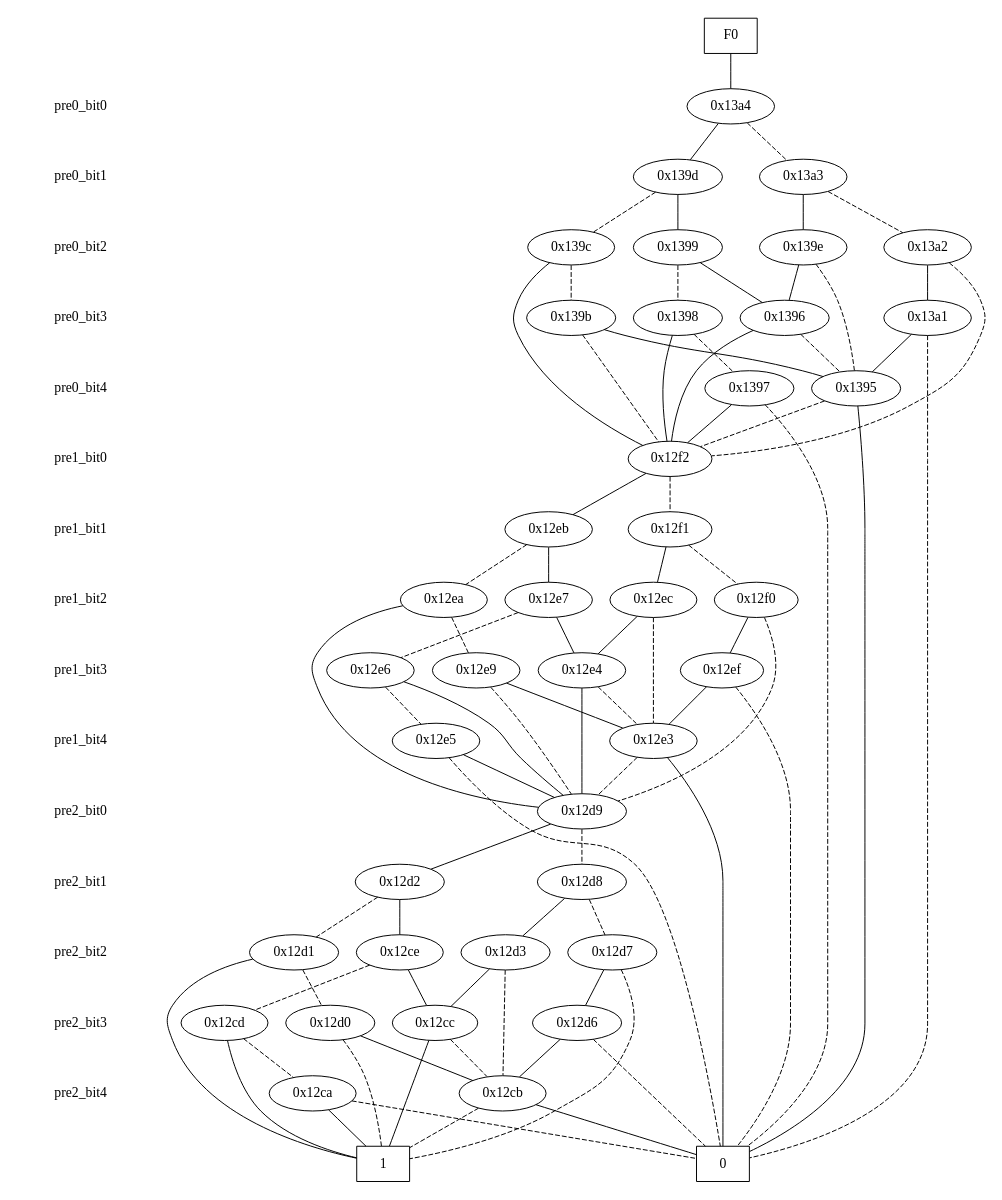
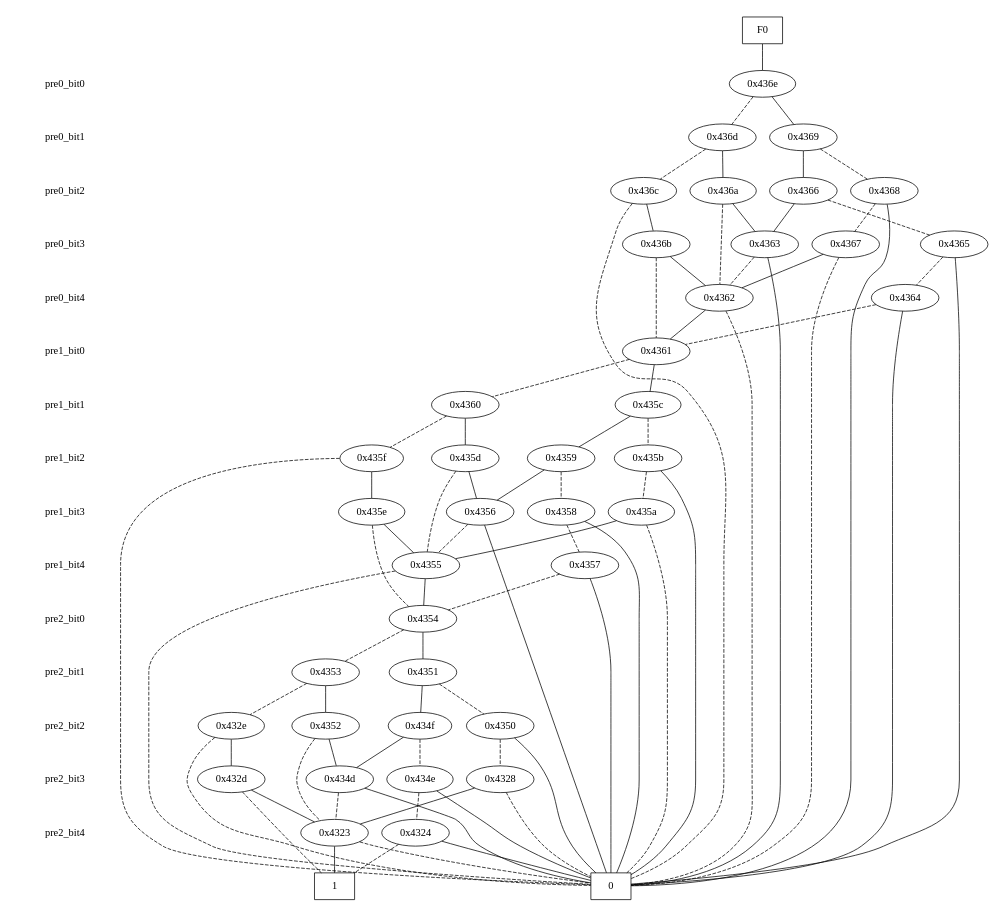
Before and after one commit to galvusdamor/downward-hm: the diagram in state_copy.dot, drawn with Graphviz. The commit also changed 11 other files, not shown here.

```diff
--- a/state_copy.dot
+++ b/state_copy.dot
@@ -1,167 +1,167 @@
 digraph "DD" {
 size = "7.5,10"
 center = true;
 edge [dir = none];
 { node [shape = plaintext];
   edge [style = invis];
   "CONST NODES" [style = invis];
 " pre0_bit0 " -> " pre0_bit1 " -> " pre0_bit2 " -> " pre0_bit3 " -> " pre0_bit4 " -> " pre1_bit0 " -> " pre1_bit1 " -> " pre1_bit2 " -> " pre1_bit3 " -> " pre1_bit4 " -> " pre2_bit0 " -> " pre2_bit1 " -> " pre2_bit2 " -> " pre2_bit3 " -> " pre2_bit4 " -> "CONST NODES"; 
 }
 { rank = same; node [shape = box]; edge [style = invis];
 "F0"; }
 { rank = same; " pre0_bit0 ";
-"0x13a4";
+"0x436e";
 }
 { rank = same; " pre0_bit1 ";
-"0x13a3";
-"0x139d";
+"0x4369";
+"0x436d";
 }
 { rank = same; " pre0_bit2 ";
-"0x13a2";
-"0x139c";
-"0x139e";
-"0x1399";
+"0x4366";
+"0x436c";
+"0x4368";
+"0x436a";
 }
 { rank = same; " pre0_bit3 ";
-"0x139b";
-"0x1396";
-"0x1398";
-"0x13a1";
+"0x436b";
+"0x4363";
+"0x4365";
+"0x4367";
 }
 { rank = same; " pre0_bit4 ";
-"0x1395";
-"0x1397";
+"0x4362";
+"0x4364";
 }
 { rank = same; " pre1_bit0 ";
-"0x12f2";
+"0x4361";
 }
 { rank = same; " pre1_bit1 ";
-"0x12f1";
-"0x12eb";
+"0x435c";
+"0x4360";
 }
 { rank = same; " pre1_bit2 ";
-"0x12ea";
-"0x12ec";
-"0x12e7";
-"0x12f0";
+"0x435d";
+"0x4359";
+"0x435b";
+"0x435f";
 }
 { rank = same; " pre1_bit3 ";
-"0x12e4";
-"0x12e6";
-"0x12ef";
-"0x12e9";
+"0x4356";
+"0x4358";
+"0x435a";
+"0x435e";
 }
 { rank = same; " pre1_bit4 ";
-"0x12e3";
-"0x12e5";
+"0x4357";
+"0x4355";
 }
 { rank = same; " pre2_bit0 ";
-"0x12d9";
+"0x4354";
 }
 { rank = same; " pre2_bit1 ";
-"0x12d2";
-"0x12d8";
+"0x4351";
+"0x4353";
 }
 { rank = same; " pre2_bit2 ";
-"0x12d1";
-"0x12d3";
-"0x12d7";
-"0x12ce";
+"0x432e";
+"0x434f";
+"0x4350";
+"0x4352";
 }
 { rank = same; " pre2_bit3 ";
-"0x12cd";
-"0x12cc";
-"0x12d0";
-"0x12d6";
+"0x432d";
+"0x4328";
+"0x434d";
+"0x434e";
 }
 { rank = same; " pre2_bit4 ";
-"0x12ca";
-"0x12cb";
+"0x4323";
+"0x4324";
 }
 { rank = same; "CONST NODES";
-{ node [shape = box]; "0xefa";
-"0xef9";
+{ node [shape = box]; "0x3ffa";
+"0x3ff9";
 }
 }
-"F0" -> "0x13a4" [style = solid];
-"0x13a4" -> "0x139d";
-"0x13a4" -> "0x13a3" [style = dashed];
-"0x13a3" -> "0x139e";
-"0x13a3" -> "0x13a2" [style = dashed];
-"0x139d" -> "0x1399";
-"0x139d" -> "0x139c" [style = dashed];
-"0x13a2" -> "0x13a1";
-"0x13a2" -> "0x12f2" [style = dashed];
-"0x139c" -> "0x12f2";
-"0x139c" -> "0x139b" [style = dashed];
-"0x139e" -> "0x1396";
-"0x139e" -> "0x1395" [style = dashed];
-"0x1399" -> "0x1396";
-"0x1399" -> "0x1398" [style = dashed];
-"0x139b" -> "0x1395";
-"0x139b" -> "0x12f2" [style = dashed];
-"0x1396" -> "0x12f2";
-"0x1396" -> "0x1395" [style = dashed];
-"0x1398" -> "0x12f2";
-"0x1398" -> "0x1397" [style = dashed];
-"0x13a1" -> "0x1395";
-"0x13a1" -> "0xefa" [style = dashed];
-"0x1395" -> "0xefa";
-"0x1395" -> "0x12f2" [style = dashed];
-"0x1397" -> "0x12f2";
-"0x1397" -> "0xefa" [style = dashed];
-"0x12f2" -> "0x12eb";
-"0x12f2" -> "0x12f1" [style = dashed];
-"0x12f1" -> "0x12ec";
-"0x12f1" -> "0x12f0" [style = dashed];
-"0x12eb" -> "0x12e7";
-"0x12eb" -> "0x12ea" [style = dashed];
-"0x12ea" -> "0x12d9";
-"0x12ea" -> "0x12e9" [style = dashed];
-"0x12ec" -> "0x12e4";
-"0x12ec" -> "0x12e3" [style = dashed];
-"0x12e7" -> "0x12e4";
-"0x12e7" -> "0x12e6" [style = dashed];
-"0x12f0" -> "0x12ef";
-"0x12f0" -> "0x12d9" [style = dashed];
-"0x12e4" -> "0x12d9";
-"0x12e4" -> "0x12e3" [style = dashed];
-"0x12e6" -> "0x12d9";
-"0x12e6" -> "0x12e5" [style = dashed];
-"0x12ef" -> "0x12e3";
-"0x12ef" -> "0xefa" [style = dashed];
-"0x12e9" -> "0x12e3";
-"0x12e9" -> "0x12d9" [style = dashed];
-"0x12e3" -> "0xefa";
-"0x12e3" -> "0x12d9" [style = dashed];
-"0x12e5" -> "0x12d9";
-"0x12e5" -> "0xefa" [style = dashed];
-"0x12d9" -> "0x12d2";
-"0x12d9" -> "0x12d8" [style = dashed];
-"0x12d2" -> "0x12ce";
-"0x12d2" -> "0x12d1" [style = dashed];
-"0x12d8" -> "0x12d3";
-"0x12d8" -> "0x12d7" [style = dashed];
-"0x12d1" -> "0xef9";
-"0x12d1" -> "0x12d0" [style = dashed];
-"0x12d3" -> "0x12cc";
-"0x12d3" -> "0x12cb" [style = dashed];
-"0x12d7" -> "0x12d6";
-"0x12d7" -> "0xef9" [style = dashed];
-"0x12ce" -> "0x12cc";
-"0x12ce" -> "0x12cd" [style = dashed];
-"0x12cd" -> "0xef9";
-"0x12cd" -> "0x12ca" [style = dashed];
-"0x12cc" -> "0xef9";
-"0x12cc" -> "0x12cb" [style = dashed];
-"0x12d0" -> "0x12cb";
-"0x12d0" -> "0xef9" [style = dashed];
-"0x12d6" -> "0x12cb";
-"0x12d6" -> "0xefa" [style = dashed];
-"0x12ca" -> "0xef9";
-"0x12ca" -> "0xefa" [style = dashed];
-"0x12cb" -> "0xefa";
-"0x12cb" -> "0xef9" [style = dashed];
-"0xefa" [label = "0"];
-"0xef9" [label = "1"];
+"F0" -> "0x436e" [style = solid];
+"0x436e" -> "0x4369";
+"0x436e" -> "0x436d" [style = dashed];
+"0x4369" -> "0x4366";
+"0x4369" -> "0x4368" [style = dashed];
+"0x436d" -> "0x436a";
+"0x436d" -> "0x436c" [style = dashed];
+"0x4366" -> "0x4363";
+"0x4366" -> "0x4365" [style = dashed];
+"0x436c" -> "0x436b";
+"0x436c" -> "0x3ffa" [style = dashed];
+"0x4368" -> "0x3ffa";
+"0x4368" -> "0x4367" [style = dashed];
+"0x436a" -> "0x4363";
+"0x436a" -> "0x4362" [style = dashed];
+"0x436b" -> "0x4362";
+"0x436b" -> "0x4361" [style = dashed];
+"0x4363" -> "0x3ffa";
+"0x4363" -> "0x4362" [style = dashed];
+"0x4365" -> "0x3ffa";
+"0x4365" -> "0x4364" [style = dashed];
+"0x4367" -> "0x4362";
+"0x4367" -> "0x3ffa" [style = dashed];
+"0x4362" -> "0x4361";
+"0x4362" -> "0x3ffa" [style = dashed];
+"0x4364" -> "0x3ffa";
+"0x4364" -> "0x4361" [style = dashed];
+"0x4361" -> "0x435c";
+"0x4361" -> "0x4360" [style = dashed];
+"0x435c" -> "0x4359";
+"0x435c" -> "0x435b" [style = dashed];
+"0x4360" -> "0x435d";
+"0x4360" -> "0x435f" [style = dashed];
+"0x435d" -> "0x4356";
+"0x435d" -> "0x4355" [style = dashed];
+"0x4359" -> "0x4356";
+"0x4359" -> "0x4358" [style = dashed];
+"0x435b" -> "0x3ffa";
+"0x435b" -> "0x435a" [style = dashed];
+"0x435f" -> "0x435e";
+"0x435f" -> "0x3ffa" [style = dashed];
+"0x4356" -> "0x3ffa";
+"0x4356" -> "0x4355" [style = dashed];
+"0x4358" -> "0x3ffa";
+"0x4358" -> "0x4357" [style = dashed];
+"0x435a" -> "0x4355";
+"0x435a" -> "0x3ffa" [style = dashed];
+"0x435e" -> "0x4355";
+"0x435e" -> "0x4354" [style = dashed];
+"0x4357" -> "0x3ffa";
+"0x4357" -> "0x4354" [style = dashed];
+"0x4355" -> "0x4354";
+"0x4355" -> "0x3ffa" [style = dashed];
+"0x4354" -> "0x4351";
+"0x4354" -> "0x4353" [style = dashed];
+"0x4351" -> "0x434f";
+"0x4351" -> "0x4350" [style = dashed];
+"0x4353" -> "0x4352";
+"0x4353" -> "0x432e" [style = dashed];
+"0x432e" -> "0x432d";
+"0x432e" -> "0x3ffa" [style = dashed];
+"0x434f" -> "0x434d";
+"0x434f" -> "0x434e" [style = dashed];
+"0x4350" -> "0x3ffa";
+"0x4350" -> "0x4328" [style = dashed];
+"0x4352" -> "0x434d";
+"0x4352" -> "0x4323" [style = dashed];
+"0x432d" -> "0x4323";
+"0x432d" -> "0x3ff9" [style = dashed];
+"0x4328" -> "0x4323";
+"0x4328" -> "0x3ffa" [style = dashed];
+"0x434d" -> "0x3ffa";
+"0x434d" -> "0x4323" [style = dashed];
+"0x434e" -> "0x3ffa";
+"0x434e" -> "0x4324" [style = dashed];
+"0x4323" -> "0x3ff9";
+"0x4323" -> "0x3ffa" [style = dashed];
+"0x4324" -> "0x3ffa";
+"0x4324" -> "0x3ff9" [style = dashed];
+"0x3ffa" [label = "0"];
+"0x3ff9" [label = "1"];
 }
```
